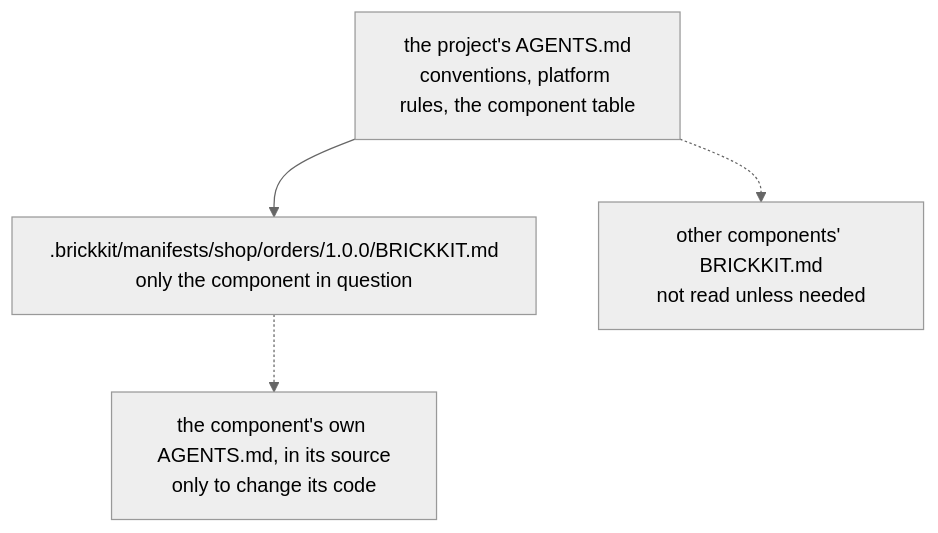
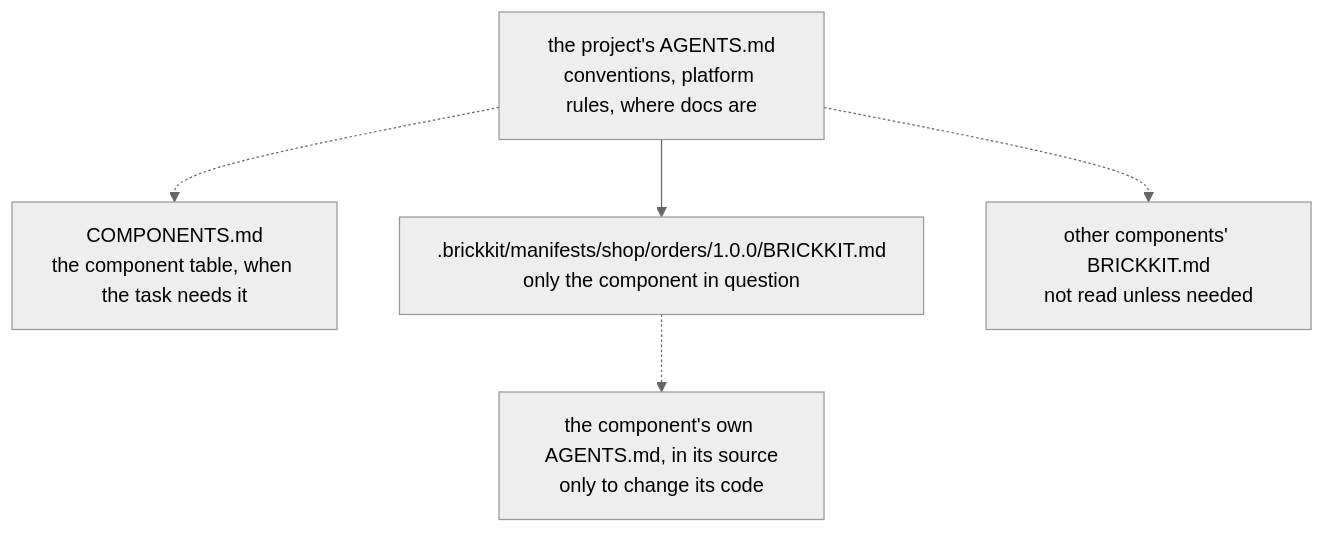
One commit to brickKit/brickKit changed the diagram in docs/en/00-intro/06-fractal-architecture.md. Above: the diagram before and after it, drawn with Mermaid (neutral theme). The commit also changed other lines of this file and 114 other files, not shown here.

First line of the commit message:
feat(project): the component table moves to COMPONENTS.md; the AGENTS.md block only points to it

````diff
--- a/docs/en/00-intro/06-fractal-architecture.md
+++ b/docs/en/00-intro/06-fractal-architecture.md
@@ -166,6 +167,7 @@
 ```mermaid
 graph TD
-    P["the project's AGENTS.md<br/>conventions, platform rules, the component table"] --> C1[".brickkit/manifests/shop/orders/1.0.0/BRICKKIT.md<br/>only the component in question"]
+    P["the project's AGENTS.md<br/>conventions, platform rules, where docs are"] -.-> T["COMPONENTS.md<br/>the component table, when the task needs it"]
+    P --> C1[".brickkit/manifests/shop/orders/1.0.0/BRICKKIT.md<br/>only the component in question"]
     P -.-> C2["other components' BRICKKIT.md<br/>not read unless needed"]
     C1 -.-> D["the component's own AGENTS.md, in its source<br/>only to change its code"]
 ```
````
